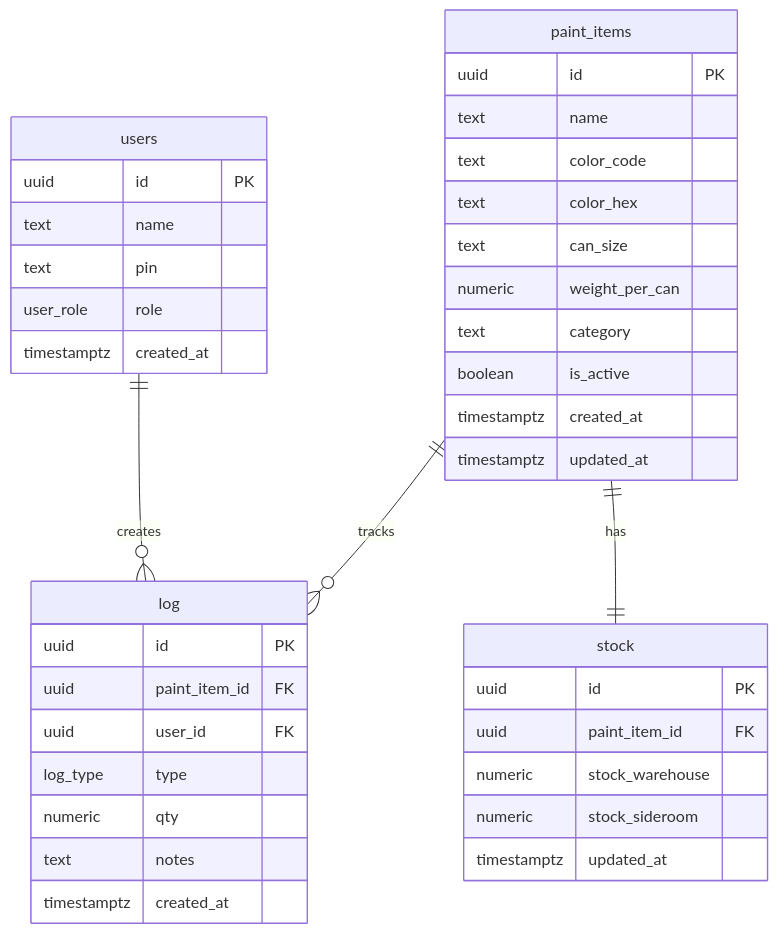
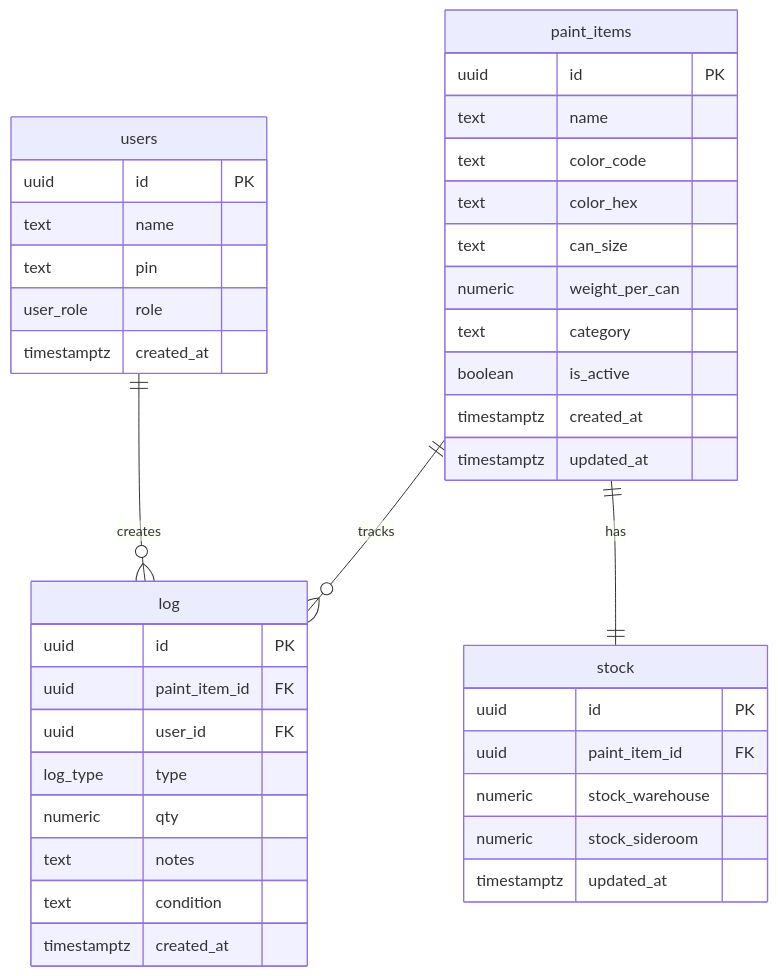
One commit to itsankeikid-dot/PaintManagementStock changed the diagram in docs/DATABASE.md. Above: the diagram before and after it, drawn with Mermaid. The commit also changed other lines of this file and 43 other files, not shown here.

````diff
--- a/docs/DATABASE.md
+++ b/docs/DATABASE.md
@@ -9,45 +9,46 @@
 ```mermaid
 erDiagram
     users ||--o{ log : "creates"
     paint_items ||--|| stock : "has"
     paint_items ||--o{ log : "tracks"
 
     users {
         uuid id PK
         text name
         text pin
         user_role role
         timestamptz created_at
     }
 
     paint_items {
         uuid id PK
         text name
         text color_code
         text color_hex
         text can_size
         numeric weight_per_can
         text category
         boolean is_active
         timestamptz created_at
         timestamptz updated_at
     }
 
     stock {
         uuid id PK
         uuid paint_item_id FK
         numeric stock_warehouse
         numeric stock_sideroom
         timestamptz updated_at
     }
 
     log {
         uuid id PK
         uuid paint_item_id FK
         uuid user_id FK
         log_type type
         numeric qty
         text notes
+        text condition
         timestamptz created_at
     }
 ```
````
